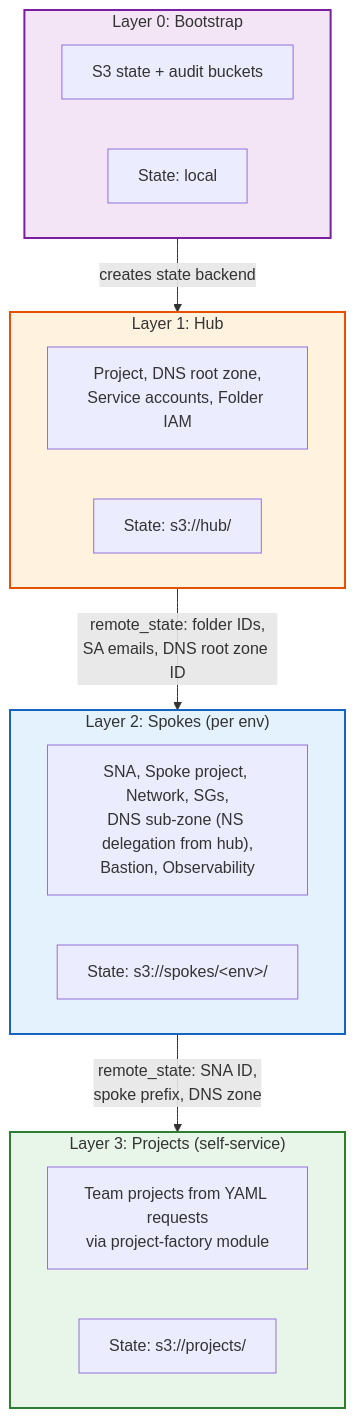
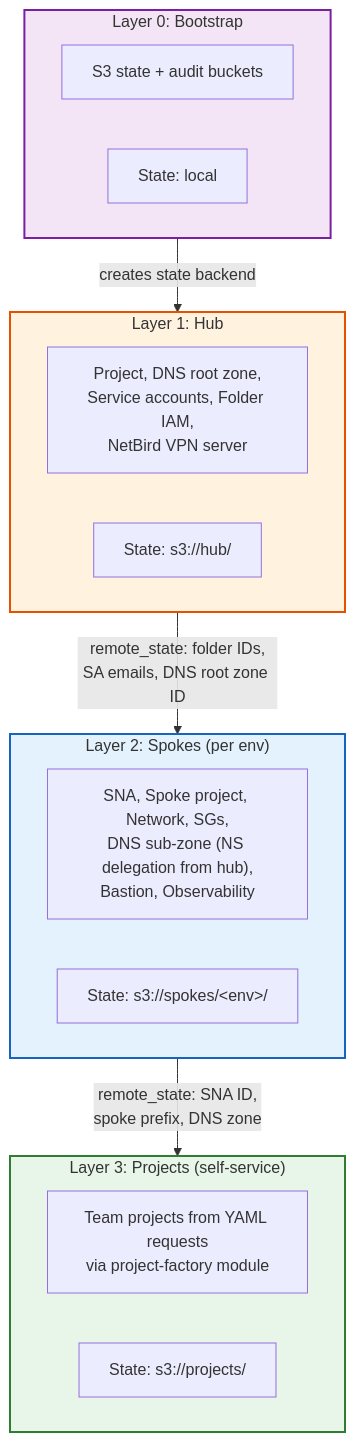
The eighth of 12 diagrams in docs/architecture.md (Liquid-Reply/stackit-landingzone), drawn with Mermaid before and after one commit. The commit also changed other lines of this file and 28 other files, not shown here.

````diff
--- a/docs/architecture.md
+++ b/docs/architecture.md
@@ -255,35 +309,35 @@
 ```mermaid
 graph TB
     subgraph L0["Layer 0: Bootstrap"]
         direction LR
         l0_desc["S3 state + audit buckets"]
         l0_state["State: local"]
     end
 
     subgraph L1["Layer 1: Hub"]
         direction LR
-        l1_desc["Project, DNS root zone,<br/>Service accounts, Folder IAM"]
+        l1_desc["Project, DNS root zone,<br/>Service accounts, Folder IAM,<br/>NetBird VPN server"]
         l1_state["State: s3://hub/"]
     end
 
     subgraph L2["Layer 2: Spokes (per env)"]
         direction LR
         l2_desc["SNA, Spoke project, Network, SGs,<br/>DNS sub-zone (NS delegation from hub),<br/>Bastion, Observability"]
         l2_state["State: s3://spokes/&lt;env&gt;/"]
     end
 
     subgraph L3["Layer 3: Projects (self-service)"]
         direction LR
         l3_desc["Team projects from YAML requests<br/>via project-factory module"]
         l3_state["State: s3://projects/"]
     end
 
     L0 -->|"creates state backend"| L1
     L1 -->|"remote_state: folder IDs,<br/>SA emails, DNS root zone ID"| L2
     L2 -->|"remote_state: SNA ID,<br/>spoke prefix, DNS zone"| L3
 
     style L0 fill:#f3e5f5,stroke:#7b1fa2,stroke-width:2px
     style L1 fill:#fff3e0,stroke:#e65100,stroke-width:2px
     style L2 fill:#e3f2fd,stroke:#1565c0,stroke-width:2px
     style L3 fill:#e8f5e9,stroke:#2e7d32,stroke-width:2px
 ```
````
